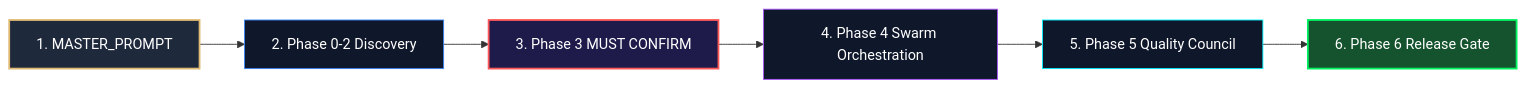
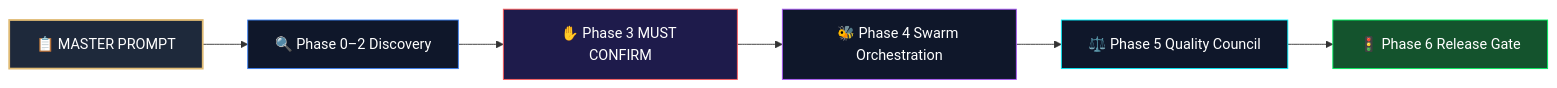
The diagram in README.md (Harery/Praetor), drawn with Mermaid before and after one commit. The commit also changed other lines of this file, not shown here.

````diff
--- a/README.md
+++ b/README.md
@@ -66,15 +94,15 @@
 ```mermaid
 flowchart LR
-    A[1. MASTER_PROMPT] --> B[2. Phase 0-2 Discovery]
-    B --> C[3. Phase 3 MUST CONFIRM]
-    C --> D[4. Phase 4 Swarm Orchestration]
-    D --> E[5. Phase 5 Quality Council]
-    E --> F[6. Phase 6 Release Gate]
-    
+    A["📋 MASTER PROMPT"] --> B["🔍 Phase 0–2 Discovery"]
+    B --> C["✋ Phase 3 MUST CONFIRM"]
+    C --> D["🐝 Phase 4 Swarm Orchestration"]
+    D --> E["⚖️ Phase 5 Quality Council"]
+    E --> F["🚦 Phase 6 Release Gate"]
+
     style A fill:#1e293b,stroke:#DFBA73,stroke-width:2px,color:#fff
     style B fill:#0f172a,stroke:#3b82f6,stroke-width:1px,color:#fff
-    style C fill:#1e1b4b,stroke:#ff5858,stroke-width:2px,color:#fff
+    style C fill:#1e1b4b,stroke:#ff5858,stroke-width:1px,color:#fff
     style D fill:#0f172a,stroke:#a855f7,stroke-width:1px,color:#fff
     style E fill:#0f172a,stroke:#00f2fe,stroke-width:1px,color:#fff
-    style F fill:#14532d,stroke:#00f260,stroke-width:2px,color:#fff
+    style F fill:#14532d,stroke:#00f260,stroke-width:1px,color:#fff
 ```
````
